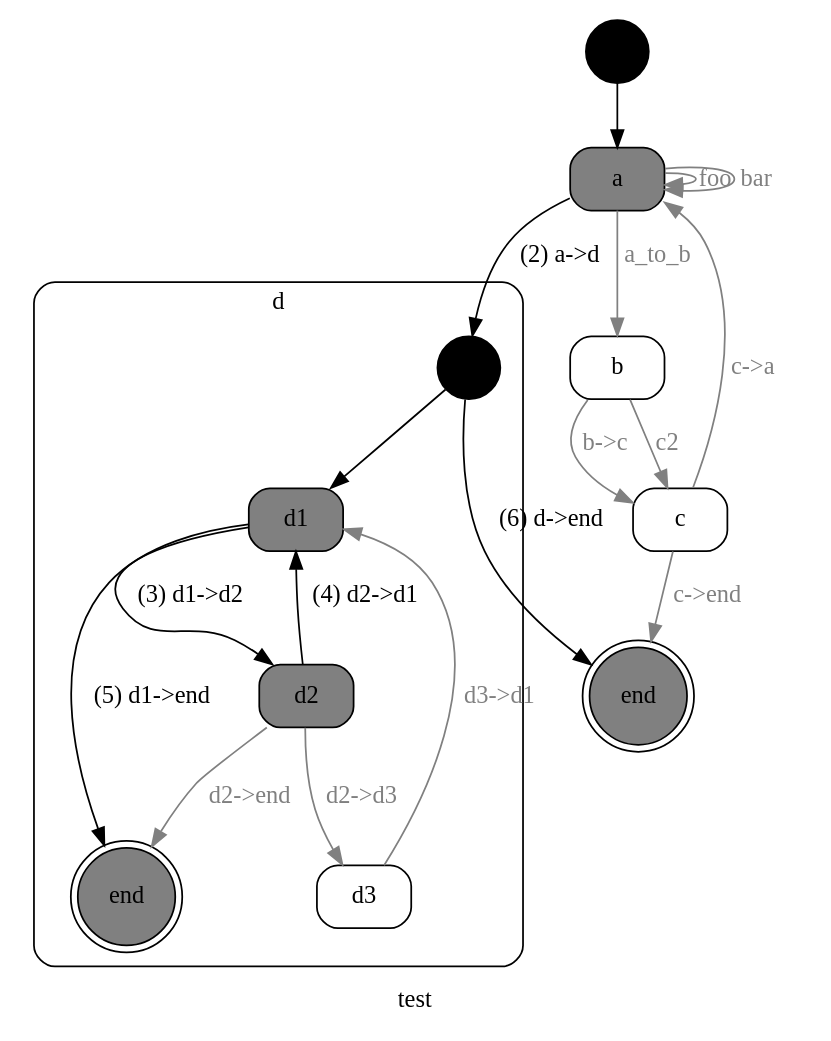
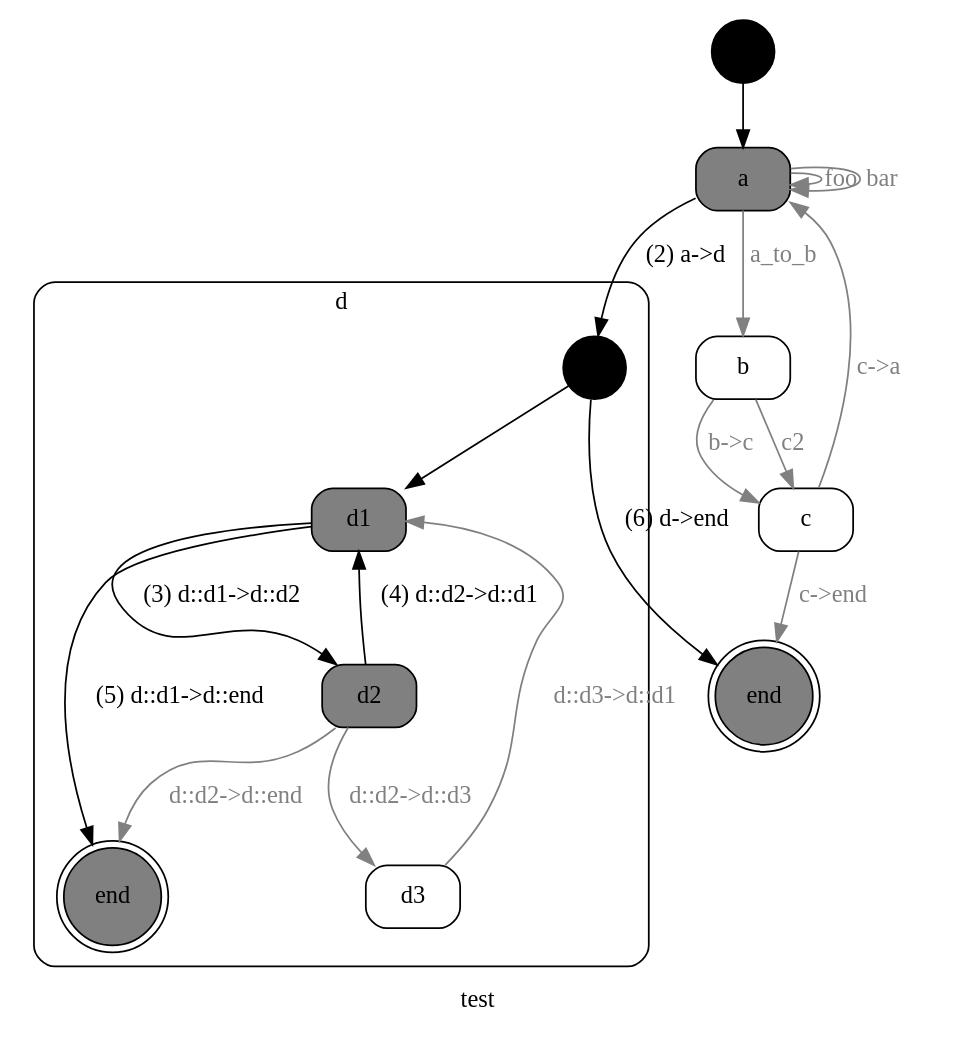
One commit to kstephens/red_steak changed the diagram in example/red_steak-with-substates-history.dot. Above: the diagram before and after it, drawn with Graphviz. The commit also changed 23 other files, not shown here.

First line of the commit message:
MAJOR CHANGES: Closer to UML metamodel and semantics. Substates can be defined without a substatemachine. Support "a::sub" namespacing and lookup. Refactored State into Vertex for future Pseudostate class and support. Builder syntax for implied transition source has changed.

```diff
--- a/example/red_steak-with-substates-history.dot
+++ b/example/red_steak-with-substates-history.dot
@@ -1,91 +1,91 @@
 
-// {#<RedSteak::Statemachine [:test]>
+// {#<RedSteak::Statemachine test>
 digraph x1 {
   label="test"; 
   node [ shape="circle", label="", style=filled, fillcolor=black ] x1_START; 
 
-// #<RedSteak::State [:a]>
+// #<RedSteak::State test a>
   node [ shape="box", label="a", style="filled,rounded", color=black, fillcolor=grey, fontcolor=black ] x2;
 
-// #<RedSteak::State [:b]>
+// #<RedSteak::State test b>
   node [ shape="box", label="b", style="filled,rounded", color=black, fillcolor=white, fontcolor=black ] x3;
 
-// #<RedSteak::State [:c]>
+// #<RedSteak::State test c>
   node [ shape="box", label="c", style="filled,rounded", color=black, fillcolor=white, fontcolor=black ] x4;
 
-// #<RedSteak::State [:d]>
+// #<RedSteak::State test d>
 
-// {#<RedSteak::Statemachine [:test, :d, :d]>
+// {#<RedSteak::Statemachine test::d>
 subgraph cluster_x5 {
   label="d"; 
   shape="box"; 
   style="filled,rounded"; 
-  fillcolor="white"; 
-  fontcolor="black"; 
+  fillcolor=white; 
+  fontcolor=black; 
   node [ shape="circle", label="", style=filled, fillcolor=black ] x5_START; 
 
-// #<RedSteak::State [:d, :d1]>
+// #<RedSteak::State test::d d::d1>
   node [ shape="box", label="d1", style="filled,rounded", color=black, fillcolor=grey, fontcolor=black ] x6;
 
-// #<RedSteak::State [:d, :d2]>
+// #<RedSteak::State test::d d::d2>
   node [ shape="box", label="d2", style="filled,rounded", color=black, fillcolor=grey, fontcolor=black ] x7;
 
-// #<RedSteak::State [:d, :d3]>
+// #<RedSteak::State test::d d::d3>
   node [ shape="box", label="d3", style="filled,rounded", color=black, fillcolor=white, fontcolor=black ] x8;
 
-// #<RedSteak::State [:d, :end]>
+// #<RedSteak::State test::d d::end>
   node [ shape="doublecircle", label="end", style="filled,rounded", color=black, fillcolor=grey, fontcolor=black ] x9;
 }
-// } #<RedSteak::Statemachine [:test, :d, :d]>
+// } #<RedSteak::Statemachine test::d>
 
-// #<RedSteak::State [:end]>
+// #<RedSteak::State test end>
   node [ shape="doublecircle", label="end", style="filled,rounded", color=black, fillcolor=grey, fontcolor=black ] x10;
 
-// #<RedSteak::Transition :foo :a -> :a>
+// #<RedSteak::Transition :foo a -> a>
 x2 -> x2 [ label="foo", color=gray, fontcolor=gray ];
 
-// #<RedSteak::Transition :bar :a -> :a>
+// #<RedSteak::Transition :bar a -> a>
 x2 -> x2 [ label="bar", color=gray, fontcolor=gray ];
 
-// #<RedSteak::Transition :a_to_b :a -> :b>
+// #<RedSteak::Transition :a_to_b a -> b>
 x2 -> x3 [ label="a_to_b", color=gray, fontcolor=gray ];
 
-// #<RedSteak::Transition :"b->c" :b -> :c>
+// #<RedSteak::Transition :"b->c" b -> c>
 x3 -> x4 [ label="b->c", color=gray, fontcolor=gray ];
 
-// #<RedSteak::Transition :c2 :b -> :c>
+// #<RedSteak::Transition :c2 b -> c>
 x3 -> x4 [ label="c2", color=gray, fontcolor=gray ];
 
-// #<RedSteak::Transition :"c->a" :c -> :a>
+// #<RedSteak::Transition :"c->a" c -> a>
 x4 -> x2 [ label="c->a", color=gray, fontcolor=gray ];
 
-// #<RedSteak::Transition :"c->end" :c -> :end>
+// #<RedSteak::Transition :"c->end" c -> end>
 x4 -> x10 [ label="c->end", color=gray, fontcolor=gray ];
 
-// #<RedSteak::Transition :"a->d" :a -> :d>
+// #<RedSteak::Transition :"a->d" a -> d>
 x2 -> x5_START [ label="(2) a->d", color=black, fontcolor=black ];
 
-// #<RedSteak::Transition :"d->end" :d -> :end>
+// #<RedSteak::Transition :"d->end" d -> end>
 x5_START -> x10 [ label="(6) d->end", color=black, fontcolor=black ];
 x1_START -> x2;
 
-// #<RedSteak::Transition :"d1->d2" :d1 -> :d2>
-x6 -> x7 [ label="(3) d1->d2", color=black, fontcolor=black ];
+// #<RedSteak::Transition :"d::d1->d::d2" d::d1 -> d::d2>
+x6 -> x7 [ label="(3) d::d1->d::d2", color=black, fontcolor=black ];
 
-// #<RedSteak::Transition :"d1->end" :d1 -> :end>
-x6 -> x9 [ label="(5) d1->end", color=black, fontcolor=black ];
+// #<RedSteak::Transition :"d::d1->d::end" d::d1 -> d::end>
+x6 -> x9 [ label="(5) d::d1->d::end", color=black, fontcolor=black ];
 
-// #<RedSteak::Transition :"d2->d1" :d2 -> :d1>
-x7 -> x6 [ label="(4) d2->d1", color=black, fontcolor=black ];
+// #<RedSteak::Transition :"d::d2->d::d1" d::d2 -> d::d1>
+x7 -> x6 [ label="(4) d::d2->d::d1", color=black, fontcolor=black ];
 
-// #<RedSteak::Transition :"d2->end" :d2 -> :end>
-x7 -> x9 [ label="d2->end", color=gray, fontcolor=gray ];
+// #<RedSteak::Transition :"d::d2->d::end" d::d2 -> d::end>
+x7 -> x9 [ label="d::d2->d::end", color=gray, fontcolor=gray ];
 
-// #<RedSteak::Transition :"d3->d1" :d3 -> :d1>
-x8 -> x6 [ label="d3->d1", color=gray, fontcolor=gray ];
+// #<RedSteak::Transition :"d::d3->d::d1" d::d3 -> d::d1>
+x8 -> x6 [ label="d::d3->d::d1", color=gray, fontcolor=gray ];
 
-// #<RedSteak::Transition :"d2->d3" :d2 -> :d3>
-x7 -> x8 [ label="d2->d3", color=gray, fontcolor=gray ];
+// #<RedSteak::Transition :"d::d2->d::d3" d::d2 -> d::d3>
+x7 -> x8 [ label="d::d2->d::d3", color=gray, fontcolor=gray ];
 x5_START -> x6;
 }
-// } #<RedSteak::Statemachine [:test]>
+// } #<RedSteak::Statemachine test>
```
